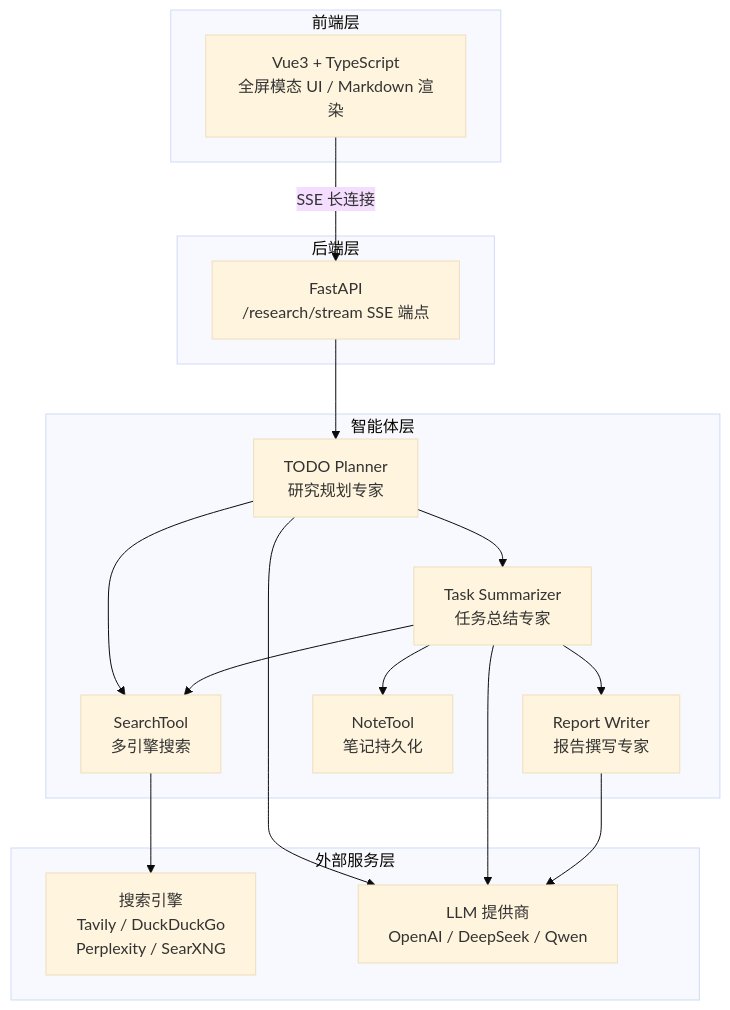
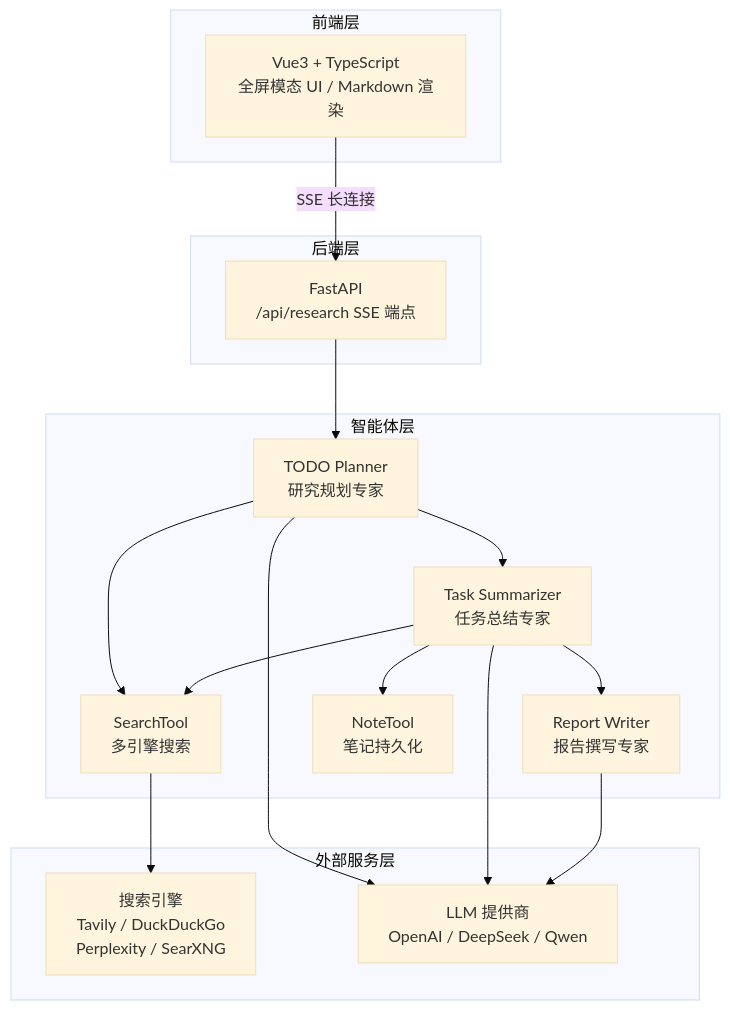
The first of 3 diagrams in knowledge/llm/agent/agent-deep-research.md (AmbitionC/front-end-journey-resource), drawn with Mermaid (base theme) before and after one commit. The commit also changed 2 other files, not shown here.

Commit message:
fix: align agent examples with documented boundaries

````diff
--- a/knowledge/llm/agent/agent-deep-research.md
+++ b/knowledge/llm/agent/agent-deep-research.md
@@ -22,29 +22,29 @@
 ```mermaid
 graph TD
     subgraph 前端层
         UI[Vue3 + TypeScript\n全屏模态 UI / Markdown 渲染]
     end
     subgraph 后端层
-        API[FastAPI\n/research/stream SSE 端点]
+        API[FastAPI\n/api/research SSE 端点]
     end
     subgraph 智能体层
         P[TODO Planner\n研究规划专家]
         S[Task Summarizer\n任务总结专家]
         R[Report Writer\n报告撰写专家]
         T1[SearchTool\n多引擎搜索]
         T2[NoteTool\n笔记持久化]
     end
     subgraph 外部服务层
         SE[搜索引擎\nTavily / DuckDuckGo\nPerplexity / SearXNG]
         LLM[LLM 提供商\nOpenAI / DeepSeek / Qwen]
     end
 
     UI -- SSE 长连接 --> API
     API --> P
     P --> S
     S --> R
     P & S --> T1
     S --> T2
     T1 --> SE
     P & S & R --> LLM
 ```
````
